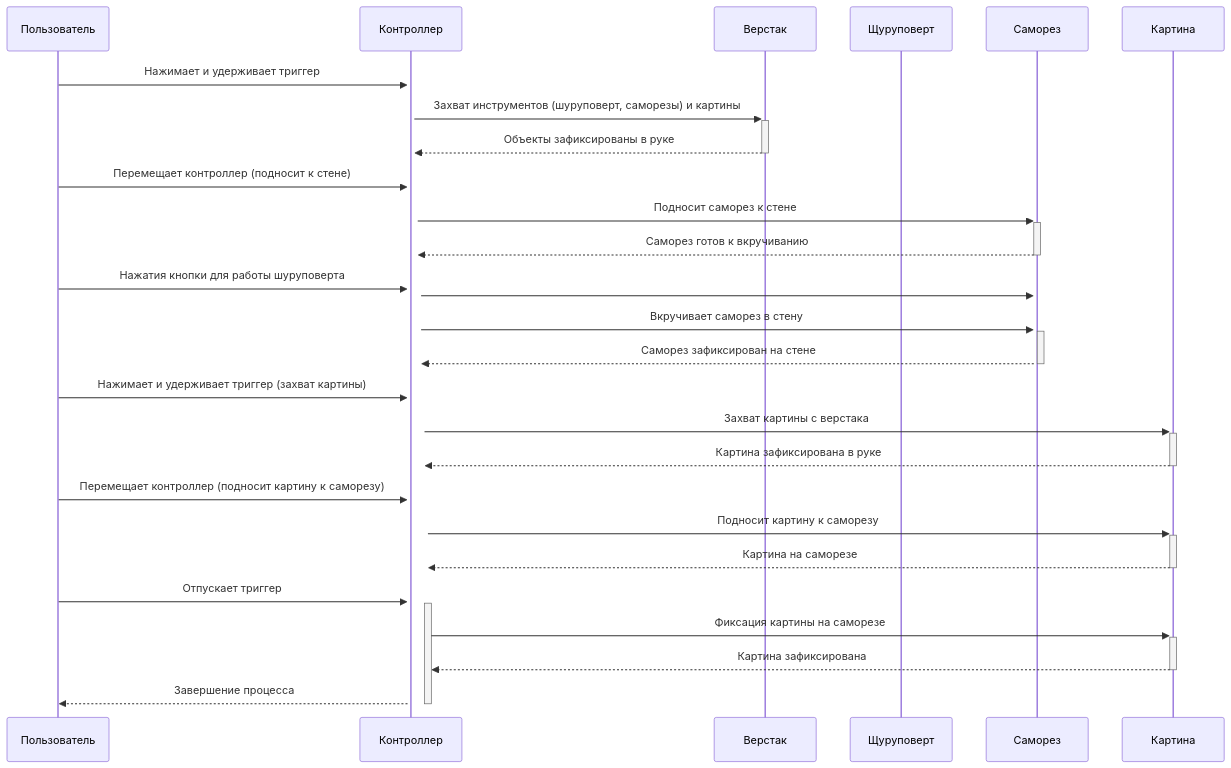
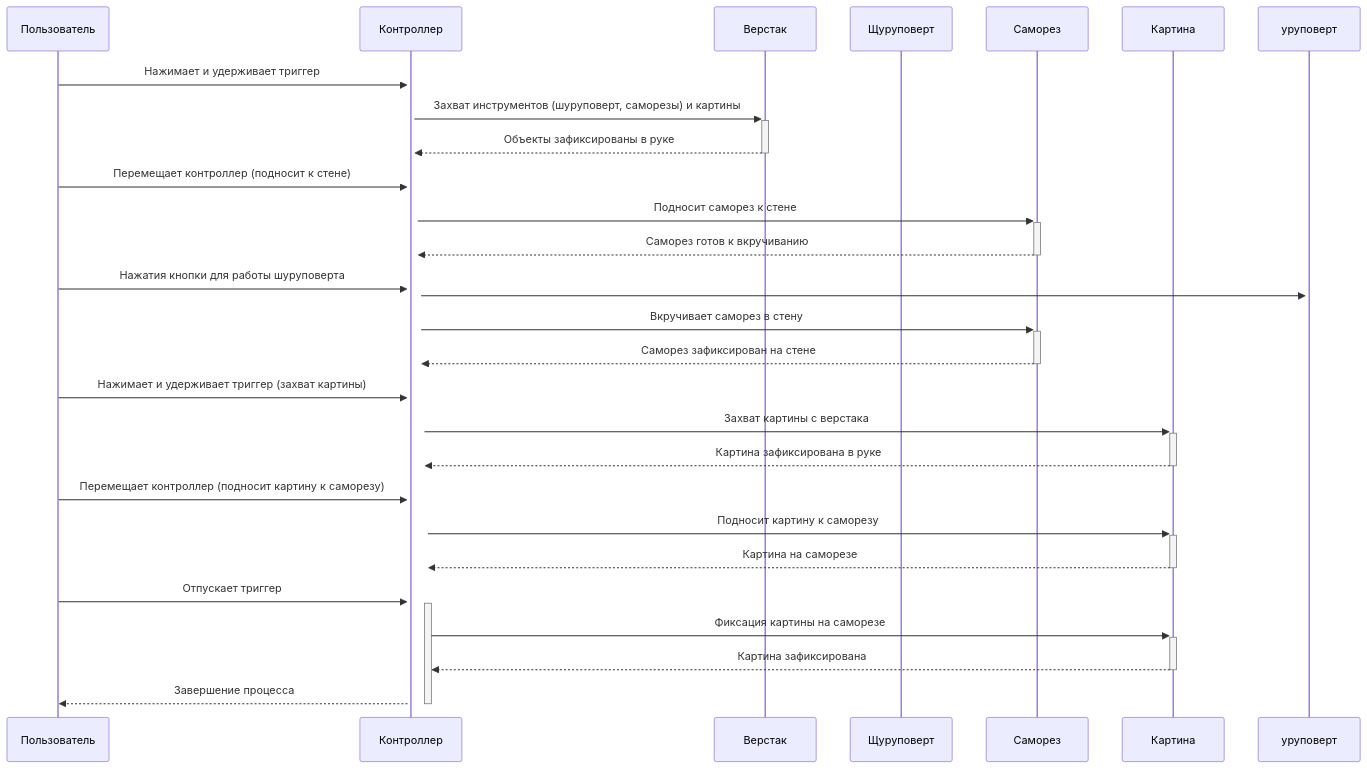
One commit to NerdyCep/iodraw-files changed the diagram in all/не называться-1.md. Above: the diagram before and after it, drawn with Mermaid.

Commit message:
2025-02-25 18:26:26 update

````diff
--- a/all/не называться-1.md
+++ b/all/не называться-1.md
@@ -1,31 +1,31 @@
 ```mermaid
 sequenceDiagram
     participant Пользователь
     participant Контроллер
     participant Верстак
     participant Щуруповерт
     participant Саморез
     participant Картина
     
 
     Пользователь->>+Контроллер: Нажимает и удерживает триггер
     Контроллер->>+Верстак: Захват инструментов (шуруповерт, саморезы) и картины
     Верстак-->>-Контроллер: Объекты зафиксированы в руке
     Пользователь->>+Контроллер: Перемещает контроллер (подносит к стене)
     Контроллер->>+Саморез: Подносит саморез к стене
     Саморез-->>-Контроллер: Саморез готов к вкручиванию
     Пользователь->>+Контроллер: Нажатия кнопки для работы шуруповерта
-    Контроллер->>+Саморез:
+    Контроллер->>+уруповерт:
     Контроллер->>+Саморез: Вкручивает саморез в стену
     Саморез-->>-Контроллер: Саморез зафиксирован на стене
     Пользователь->>+Контроллер: Нажимает и удерживает триггер (захват картины)
     Контроллер->>+Картина: Захват картины с верстака
     Картина-->>-Контроллер: Картина зафиксирована в руке
     Пользователь->>+Контроллер: Перемещает контроллер (подносит картину к саморезу)
     Контроллер->>+Картина: Подносит картину к саморезу
     Картина-->>-Контроллер: Картина на саморезе
     Пользователь->>+Контроллер: Отпускает триггер
     Контроллер->>+Картина: Фиксация картины на саморезе
     Картина-->>-Контроллер: Картина зафиксирована
     Контроллер-->>-Пользователь: Завершение процесса
 ```
````
